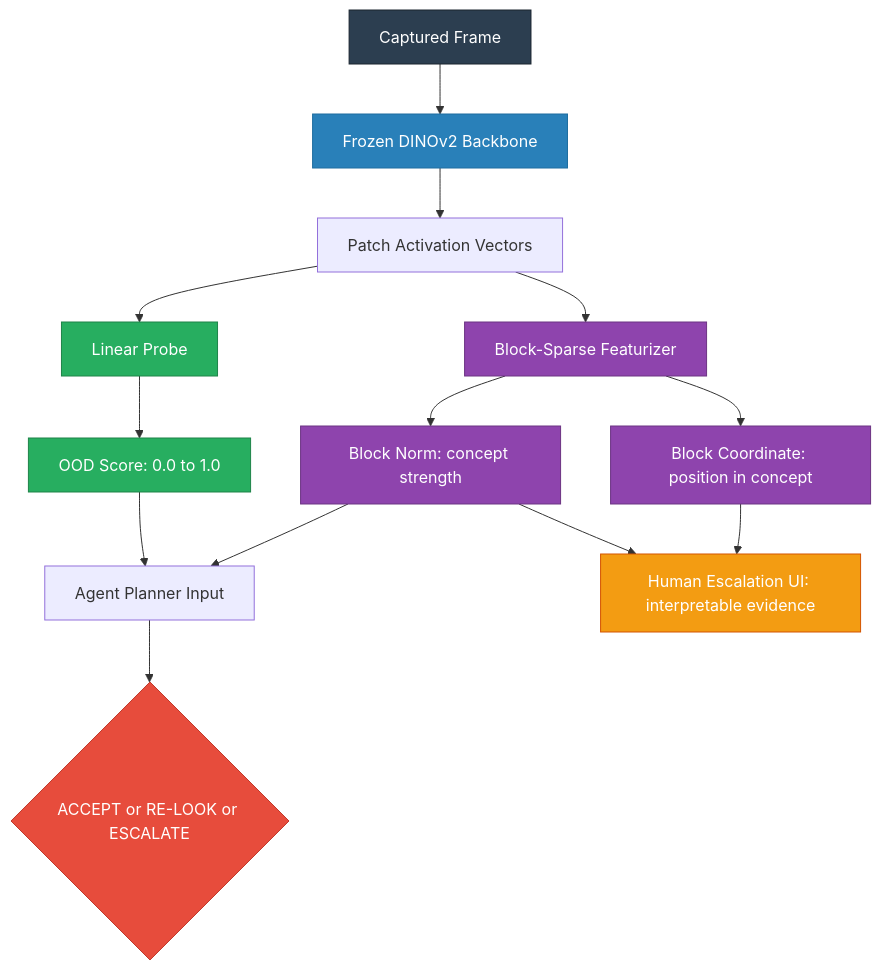
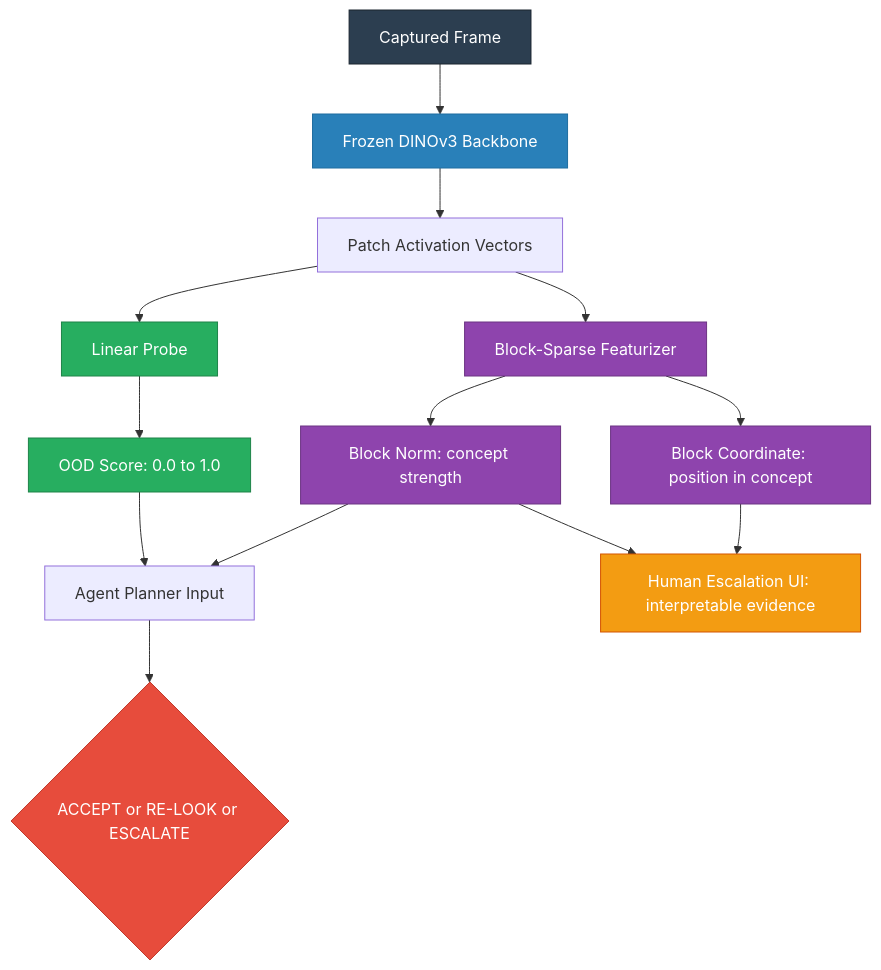
One commit to vasujunior7/Parallax changed the fourth of 4 diagrams in FILES/parallax_architecture.md. Above: the diagram before and after it, drawn with Mermaid. The commit also changed other lines of this file and 4 other files, not shown here.

Commit message:
Add engineering architecture documentation for Parallax system,

````diff
--- a/FILES/parallax_architecture.md
+++ b/FILES/parallax_architecture.md
@@ -167,31 +401,31 @@
 ```mermaid
 flowchart TD
-    Frame["Captured Frame"] --> DINO["Frozen DINOv2 Backbone"]
+    Frame["Captured Frame"] --> DINO["Frozen DINOv3 Backbone"]
 
     DINO --> Activations["Patch Activation Vectors"]
 
     Activations --> LP["Linear Probe"]
     Activations --> BSF["Block-Sparse Featurizer"]
 
     LP --> OOD["OOD Score: 0.0 to 1.0"]
     BSF --> BN["Block Norm: concept strength"]
     BSF --> BC["Block Coordinate: position in concept"]
 
     OOD --> AgentInput["Agent Planner Input"]
     BN --> AgentInput
 
     BC --> Evidence["Human Escalation UI: interpretable evidence"]
     BN --> Evidence
 
     AgentInput --> Decision{"ACCEPT or RE-LOOK or ESCALATE"}
 
     style Frame fill:#2c3e50,stroke:#1a252f,color:#fff
     style DINO fill:#2980b9,stroke:#1f6da0,color:#fff
     style LP fill:#27ae60,stroke:#1e8449,color:#fff
     style BSF fill:#8e44ad,stroke:#6c3483,color:#fff
     style OOD fill:#27ae60,stroke:#1e8449,color:#fff
     style BN fill:#8e44ad,stroke:#6c3483,color:#fff
     style BC fill:#8e44ad,stroke:#6c3483,color:#fff
     style Decision fill:#e74c3c,stroke:#c0392b,color:#fff
     style Evidence fill:#f39c12,stroke:#d35400,color:#fff
 ```
````
